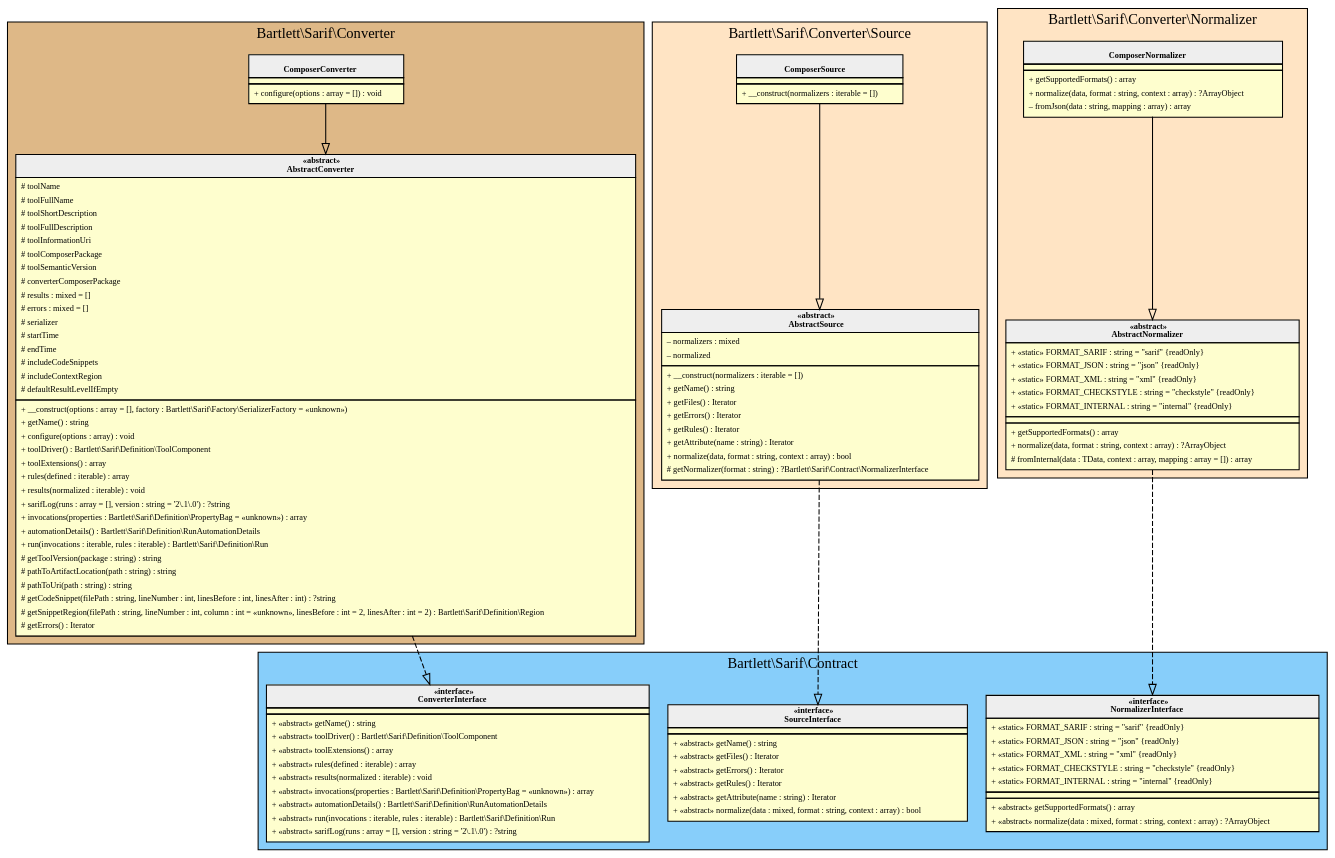
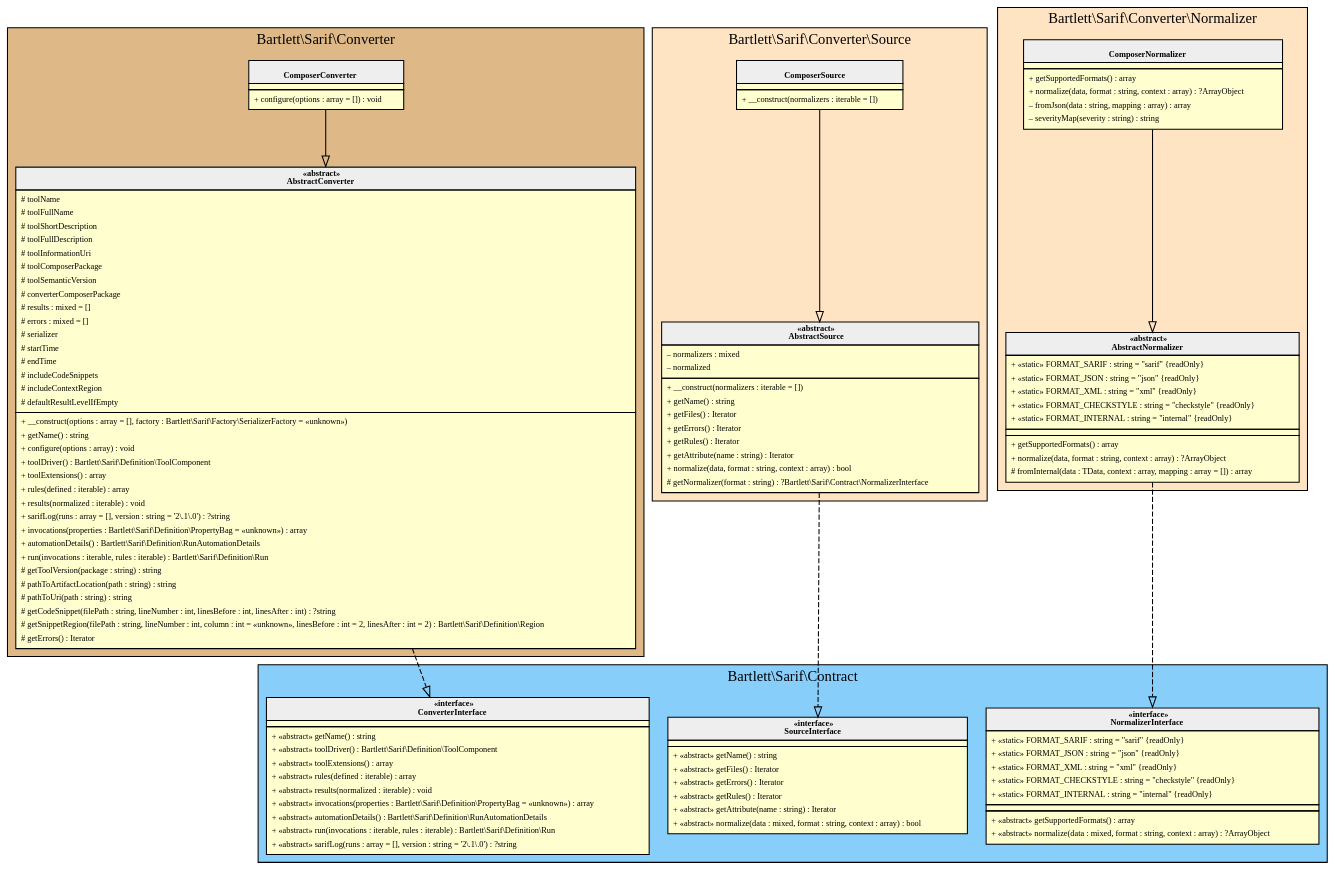
The diagram in 1.2/assets/images/converter-composer.html.gv (llaville/sarif-php-converters), drawn with Graphviz before and after one commit. The commit also changed 4 other files, not shown here.

```diff
--- a/1.2/assets/images/converter-composer.html.gv
+++ b/1.2/assets/images/converter-composer.html.gv
@@ -1,174 +1,175 @@
 digraph {
   graph [name="G" overlap="false" rankdir="TB" bgcolor="transparent"]
   node [fontname="Verdana" fontsize=8 shape="none" margin=0 fillcolor="#FEFECE" style="filled"]
   edge [fontname="Verdana" fontsize=8]
   subgraph cluster_0 {
     graph [bgcolor="BurlyWood"]
     label = "Bartlett\\Sarif\\Converter"
     "Bartlett\\Sarif\\Converter\\ComposerConverter" [shape="none" label=<
 <table cellspacing="0" border="0" cellborder="1">
     <tr><td bgcolor="#eeeeee"><b><br/>ComposerConverter</b></td></tr>
     <tr><td></td></tr>
     <tr><td><table border="0" cellspacing="0" cellpadding="2">
     <tr><td align="left">+ configure(options : array = []) : void</td></tr>
 </table></td></tr>
 </table>>]
     "Bartlett\\Sarif\\Converter\\AbstractConverter" [shape="none" label=<
 <table cellspacing="0" border="0" cellborder="1">
     <tr><td bgcolor="#eeeeee"><b>«abstract»<br/>AbstractConverter</b></td></tr>
     <tr><td><table border="0" cellspacing="0" cellpadding="2">
     <tr><td align="left"># toolName</td></tr>
     <tr><td align="left"># toolFullName</td></tr>
     <tr><td align="left"># toolShortDescription</td></tr>
     <tr><td align="left"># toolFullDescription</td></tr>
     <tr><td align="left"># toolInformationUri</td></tr>
     <tr><td align="left"># toolComposerPackage</td></tr>
     <tr><td align="left"># toolSemanticVersion</td></tr>
     <tr><td align="left"># converterComposerPackage</td></tr>
     <tr><td align="left"># results : mixed = []</td></tr>
     <tr><td align="left"># errors : mixed = []</td></tr>
     <tr><td align="left"># serializer</td></tr>
     <tr><td align="left"># startTime</td></tr>
     <tr><td align="left"># endTime</td></tr>
     <tr><td align="left"># includeCodeSnippets</td></tr>
     <tr><td align="left"># includeContextRegion</td></tr>
     <tr><td align="left"># defaultResultLevelIfEmpty</td></tr>
 </table></td></tr>
     <tr><td><table border="0" cellspacing="0" cellpadding="2">
     <tr><td align="left">+ __construct(options : array = [], factory : Bartlett\\Sarif\\Factory\\SerializerFactory = «unknown»)</td></tr>
     <tr><td align="left">+ getName() : string</td></tr>
     <tr><td align="left">+ configure(options : array) : void</td></tr>
     <tr><td align="left">+ toolDriver() : Bartlett\\Sarif\\Definition\\ToolComponent</td></tr>
     <tr><td align="left">+ toolExtensions() : array</td></tr>
     <tr><td align="left">+ rules(defined : iterable) : array</td></tr>
     <tr><td align="left">+ results(normalized : iterable) : void</td></tr>
     <tr><td align="left">+ sarifLog(runs : array = [], version : string = '2\.1\.0') : ?string</td></tr>
     <tr><td align="left">+ invocations(properties : Bartlett\\Sarif\\Definition\\PropertyBag = «unknown») : array</td></tr>
     <tr><td align="left">+ automationDetails() : Bartlett\\Sarif\\Definition\\RunAutomationDetails</td></tr>
     <tr><td align="left">+ run(invocations : iterable, rules : iterable) : Bartlett\\Sarif\\Definition\\Run</td></tr>
     <tr><td align="left"># getToolVersion(package : string) : string</td></tr>
     <tr><td align="left"># pathToArtifactLocation(path : string) : string</td></tr>
     <tr><td align="left"># pathToUri(path : string) : string</td></tr>
     <tr><td align="left"># getCodeSnippet(filePath : string, lineNumber : int, linesBefore : int, linesAfter : int) : ?string</td></tr>
     <tr><td align="left"># getSnippetRegion(filePath : string, lineNumber : int, column : int = «unknown», linesBefore : int = 2, linesAfter : int = 2) : Bartlett\\Sarif\\Definition\\Region</td></tr>
     <tr><td align="left"># getErrors() : Iterator</td></tr>
 </table></td></tr>
 </table>>]
   }
   subgraph cluster_1 {
     graph [bgcolor="LightSkyBlue"]
     label = "Bartlett\\Sarif\\Contract"
     "Bartlett\\Sarif\\Contract\\ConverterInterface" [shape="none" label=<
 <table cellspacing="0" border="0" cellborder="1">
     <tr><td bgcolor="#eeeeee"><b>«interface»<br/>ConverterInterface</b></td></tr>
     <tr><td></td></tr>
     <tr><td><table border="0" cellspacing="0" cellpadding="2">
     <tr><td align="left">+ «abstract» getName() : string</td></tr>
     <tr><td align="left">+ «abstract» toolDriver() : Bartlett\\Sarif\\Definition\\ToolComponent</td></tr>
     <tr><td align="left">+ «abstract» toolExtensions() : array</td></tr>
     <tr><td align="left">+ «abstract» rules(defined : iterable) : array</td></tr>
     <tr><td align="left">+ «abstract» results(normalized : iterable) : void</td></tr>
     <tr><td align="left">+ «abstract» invocations(properties : Bartlett\\Sarif\\Definition\\PropertyBag = «unknown») : array</td></tr>
     <tr><td align="left">+ «abstract» automationDetails() : Bartlett\\Sarif\\Definition\\RunAutomationDetails</td></tr>
     <tr><td align="left">+ «abstract» run(invocations : iterable, rules : iterable) : Bartlett\\Sarif\\Definition\\Run</td></tr>
     <tr><td align="left">+ «abstract» sarifLog(runs : array = [], version : string = '2\.1\.0') : ?string</td></tr>
 </table></td></tr>
 </table>>]
     "Bartlett\\Sarif\\Contract\\SourceInterface" [shape="none" label=<
 <table cellspacing="0" border="0" cellborder="1">
     <tr><td bgcolor="#eeeeee"><b>«interface»<br/>SourceInterface</b></td></tr>
     <tr><td></td></tr>
     <tr><td><table border="0" cellspacing="0" cellpadding="2">
     <tr><td align="left">+ «abstract» getName() : string</td></tr>
     <tr><td align="left">+ «abstract» getFiles() : Iterator</td></tr>
     <tr><td align="left">+ «abstract» getErrors() : Iterator</td></tr>
     <tr><td align="left">+ «abstract» getRules() : Iterator</td></tr>
     <tr><td align="left">+ «abstract» getAttribute(name : string) : Iterator</td></tr>
     <tr><td align="left">+ «abstract» normalize(data : mixed, format : string, context : array) : bool</td></tr>
 </table></td></tr>
 </table>>]
     "Bartlett\\Sarif\\Contract\\NormalizerInterface" [shape="none" label=<
 <table cellspacing="0" border="0" cellborder="1">
     <tr><td bgcolor="#eeeeee"><b>«interface»<br/>NormalizerInterface</b></td></tr>
     <tr><td><table border="0" cellspacing="0" cellpadding="2">
     <tr><td align="left">+ «static» FORMAT_SARIF : string = "sarif" {readOnly}</td></tr>
     <tr><td align="left">+ «static» FORMAT_JSON : string = "json" {readOnly}</td></tr>
     <tr><td align="left">+ «static» FORMAT_XML : string = "xml" {readOnly}</td></tr>
     <tr><td align="left">+ «static» FORMAT_CHECKSTYLE : string = "checkstyle" {readOnly}</td></tr>
     <tr><td align="left">+ «static» FORMAT_INTERNAL : string = "internal" {readOnly}</td></tr>
 </table></td></tr>
     <tr><td></td></tr>
     <tr><td><table border="0" cellspacing="0" cellpadding="2">
     <tr><td align="left">+ «abstract» getSupportedFormats() : array</td></tr>
     <tr><td align="left">+ «abstract» normalize(data : mixed, format : string, context : array) : ?ArrayObject</td></tr>
 </table></td></tr>
 </table>>]
   }
   subgraph cluster_2 {
     graph [bgcolor="Bisque"]
     label = "Bartlett\\Sarif\\Converter\\Source"
     "Bartlett\\Sarif\\Converter\\Source\\ComposerSource" [shape="none" label=<
 <table cellspacing="0" border="0" cellborder="1">
     <tr><td bgcolor="#eeeeee"><b><br/>ComposerSource</b></td></tr>
     <tr><td></td></tr>
     <tr><td><table border="0" cellspacing="0" cellpadding="2">
     <tr><td align="left">+ __construct(normalizers : iterable = [])</td></tr>
 </table></td></tr>
 </table>>]
     "Bartlett\\Sarif\\Converter\\Source\\AbstractSource" [shape="none" label=<
 <table cellspacing="0" border="0" cellborder="1">
     <tr><td bgcolor="#eeeeee"><b>«abstract»<br/>AbstractSource</b></td></tr>
     <tr><td><table border="0" cellspacing="0" cellpadding="2">
     <tr><td align="left">– normalizers : mixed</td></tr>
     <tr><td align="left">– normalized</td></tr>
 </table></td></tr>
     <tr><td><table border="0" cellspacing="0" cellpadding="2">
     <tr><td align="left">+ __construct(normalizers : iterable = [])</td></tr>
     <tr><td align="left">+ getName() : string</td></tr>
     <tr><td align="left">+ getFiles() : Iterator</td></tr>
     <tr><td align="left">+ getErrors() : Iterator</td></tr>
     <tr><td align="left">+ getRules() : Iterator</td></tr>
     <tr><td align="left">+ getAttribute(name : string) : Iterator</td></tr>
     <tr><td align="left">+ normalize(data, format : string, context : array) : bool</td></tr>
     <tr><td align="left"># getNormalizer(format : string) : ?Bartlett\\Sarif\\Contract\\NormalizerInterface</td></tr>
 </table></td></tr>
 </table>>]
   }
   subgraph cluster_3 {
     graph [bgcolor="Bisque"]
     label = "Bartlett\\Sarif\\Converter\\Normalizer"
     "Bartlett\\Sarif\\Converter\\Normalizer\\ComposerNormalizer" [shape="none" label=<
 <table cellspacing="0" border="0" cellborder="1">
     <tr><td bgcolor="#eeeeee"><b><br/>ComposerNormalizer</b></td></tr>
     <tr><td></td></tr>
     <tr><td><table border="0" cellspacing="0" cellpadding="2">
     <tr><td align="left">+ getSupportedFormats() : array</td></tr>
     <tr><td align="left">+ normalize(data, format : string, context : array) : ?ArrayObject</td></tr>
     <tr><td align="left">– fromJson(data : string, mapping : array) : array</td></tr>
+    <tr><td align="left">– severityMap(severity : string) : string</td></tr>
 </table></td></tr>
 </table>>]
     "Bartlett\\Sarif\\Converter\\Normalizer\\AbstractNormalizer" [shape="none" label=<
 <table cellspacing="0" border="0" cellborder="1">
     <tr><td bgcolor="#eeeeee"><b>«abstract»<br/>AbstractNormalizer</b></td></tr>
     <tr><td><table border="0" cellspacing="0" cellpadding="2">
     <tr><td align="left">+ «static» FORMAT_SARIF : string = "sarif" {readOnly}</td></tr>
     <tr><td align="left">+ «static» FORMAT_JSON : string = "json" {readOnly}</td></tr>
     <tr><td align="left">+ «static» FORMAT_XML : string = "xml" {readOnly}</td></tr>
     <tr><td align="left">+ «static» FORMAT_CHECKSTYLE : string = "checkstyle" {readOnly}</td></tr>
     <tr><td align="left">+ «static» FORMAT_INTERNAL : string = "internal" {readOnly}</td></tr>
 </table></td></tr>
     <tr><td></td></tr>
     <tr><td><table border="0" cellspacing="0" cellpadding="2">
     <tr><td align="left">+ getSupportedFormats() : array</td></tr>
     <tr><td align="left">+ normalize(data, format : string, context : array) : ?ArrayObject</td></tr>
     <tr><td align="left"># fromInternal(data : TData, context : array, mapping : array = []) : array</td></tr>
 </table></td></tr>
 </table>>]
   }
   "Bartlett\\Sarif\\Converter\\AbstractConverter" -> "Bartlett\\Sarif\\Contract\\ConverterInterface" [arrowhead="empty" style="dashed"]
   "Bartlett\\Sarif\\Converter\\ComposerConverter" -> "Bartlett\\Sarif\\Converter\\AbstractConverter" [arrowhead="empty" style="filled"]
   "Bartlett\\Sarif\\Converter\\Source\\AbstractSource" -> "Bartlett\\Sarif\\Contract\\SourceInterface" [arrowhead="empty" style="dashed"]
   "Bartlett\\Sarif\\Converter\\Source\\ComposerSource" -> "Bartlett\\Sarif\\Converter\\Source\\AbstractSource" [arrowhead="empty" style="filled"]
   "Bartlett\\Sarif\\Converter\\Normalizer\\AbstractNormalizer" -> "Bartlett\\Sarif\\Contract\\NormalizerInterface" [arrowhead="empty" style="dashed"]
   "Bartlett\\Sarif\\Converter\\Normalizer\\ComposerNormalizer" -> "Bartlett\\Sarif\\Converter\\Normalizer\\AbstractNormalizer" [arrowhead="empty" style="filled"]
 }
```
